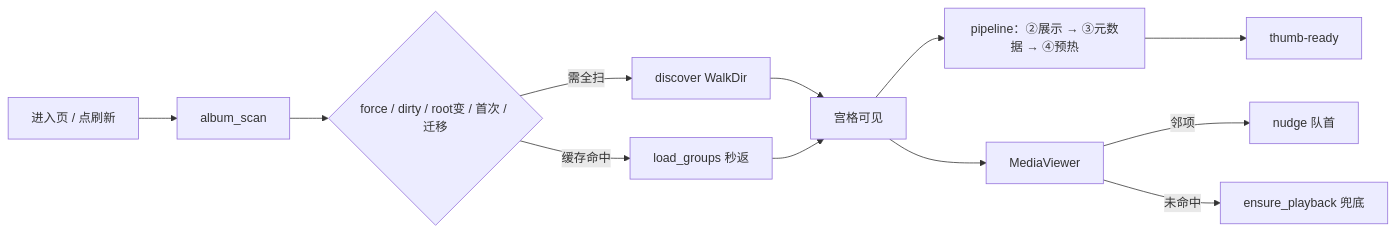
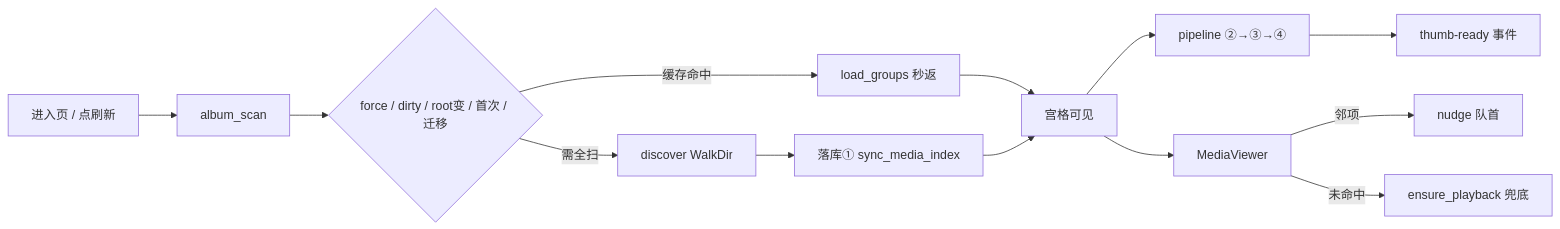
The first of 2 diagrams in apps/admin/src/views/album/loadingFlow.md (cz6c/ll-admin), drawn with Mermaid before and after one commit. The commit also changed other lines of this file and 2 other files, not shown here.

````diff
--- a/apps/admin/src/views/album/loadingFlow.md
+++ b/apps/admin/src/views/album/loadingFlow.md
@@ -105,14 +108,15 @@
 ```mermaid
 flowchart LR
   A[进入页 / 点刷新] --> B[album_scan]
   B --> C{force / dirty / root变 / 首次 / 迁移}
   C -->|需全扫| D[discover WalkDir]
   C -->|缓存命中| E[load_groups 秒返]
-  D --> F[宫格可见]
-  E --> F
-  F --> G[pipeline：②展示 → ③元数据 → ④预热]
-  G --> H[thumb-ready]
+  D --> Ddb[落库① sync_media_index]
+  E --> F[宫格可见]
+  Ddb --> F
+  F --> G[pipeline ②→③→④]
+  G --> H[thumb-ready 事件]
   F --> I[MediaViewer]
   I -->|邻项| J[nudge 队首]
   I -->|未命中| K[ensure_playback 兜底]
 ```
````
